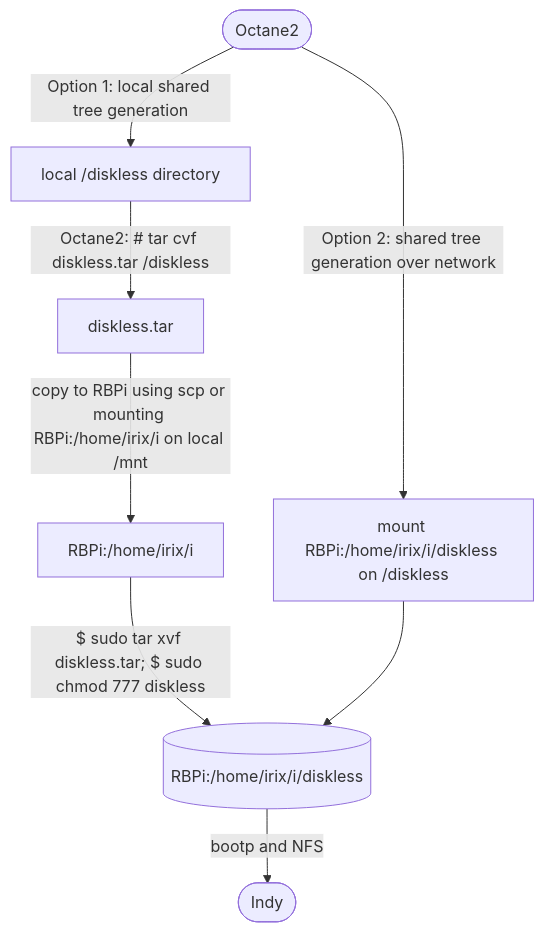
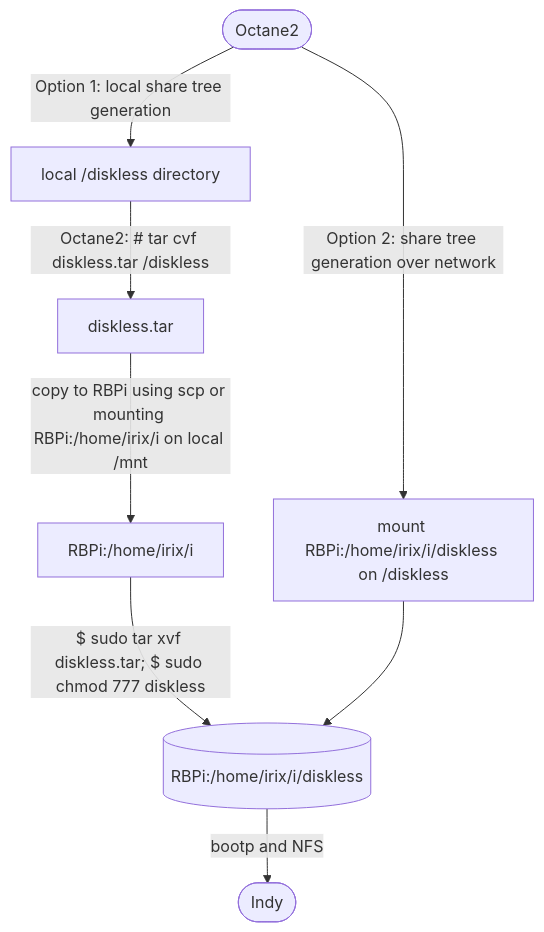
The first of 3 diagrams in README.md (Linux-RISC/IRIX-diskless-workstation), drawn with Mermaid before and after one commit. The commit also changed other lines of this file, not shown here.

````diff
--- a/README.md
+++ b/README.md
@@ -28,7 +28,7 @@
 ```mermaid
 graph TD;
-    Octane2([Octane2])--Option 1: local shared tree generation-->local_diskless[local /diskless directory]--Octane2: # tar cvf diskless.tar /diskless-->diskless.tar;
+    Octane2([Octane2])--Option 1: local share tree generation-->local_diskless[local /diskless directory]--Octane2: # tar cvf diskless.tar /diskless-->diskless.tar;
     diskless.tar--copy to RBPi using scp or mounting RBPi:/home/irix/i on local /mnt-->RBPi:/home/irix/i--"$ sudo tar xvf diskless.tar; $ sudo chmod 777 diskless"-->RBPi[(RBPi:/home/irix/i/diskless)];
-   Octane2([Octane2])--Option 2: shared tree generation over network-->mount_RBPi[mount RBPi:/home/irix/i/diskless on /diskless]-->RBPi[(RBPi:/home/irix/i/diskless)];
+   Octane2([Octane2])--Option 2: share tree generation over network-->mount_RBPi[mount RBPi:/home/irix/i/diskless on /diskless]-->RBPi[(RBPi:/home/irix/i/diskless)];
    RBPi[(RBPi:/home/irix/i/diskless)]--bootp and NFS-->Indy([Indy]);
 ```
````
